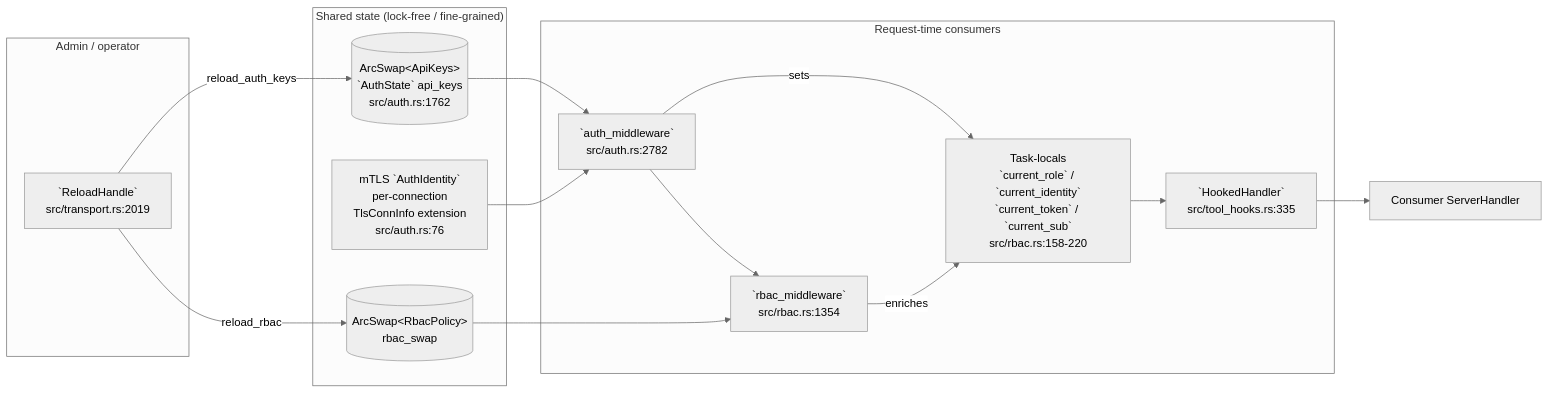
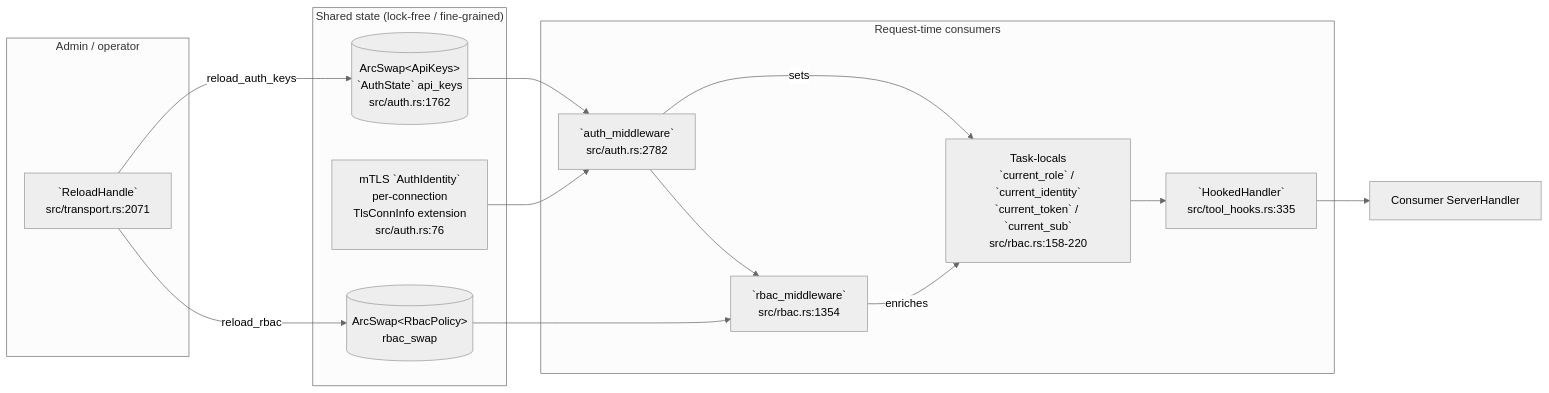
The third of 4 diagrams in docs/MINDMAP.md (andrico21/rmcp-server-kit), drawn with Mermaid (neutral theme) before and after one commit. The commit also changed other lines of this file and 4 other files, not shown here.

````diff
--- a/docs/MINDMAP.md
+++ b/docs/MINDMAP.md
@@ -345,31 +345,31 @@
 ```mermaid
 flowchart LR
     subgraph Admin["Admin / operator"]
-        RH[`ReloadHandle`<br/>src/transport.rs:2019]
+        RH[`ReloadHandle`<br/>src/transport.rs:2071]
     end
 
     subgraph SharedState["Shared state (lock-free / fine-grained)"]
         AKS[(ArcSwap&lt;ApiKeys&gt;<br/>`AuthState` api_keys<br/>src/auth.rs:1762)]
         RBS[(ArcSwap&lt;RbacPolicy&gt;<br/>rbac_swap)]
         MTL[mTLS `AuthIdentity`<br/>per-connection<br/>TlsConnInfo extension<br/>src/auth.rs:76]
     end
 
     subgraph Hot["Request-time consumers"]
         AM[`auth_middleware`<br/>src/auth.rs:2782]
         BM[`rbac_middleware`<br/>src/rbac.rs:1354]
         TL["Task-locals<br/>`current_role` / `current_identity`<br/>`current_token` / `current_sub`<br/>src/rbac.rs:158-220"]
         TH[`HookedHandler`<br/>src/tool_hooks.rs:335]
     end
 
     RH -- reload_auth_keys --> AKS
     RH -- reload_rbac --> RBS
 
     AKS --> AM
     MTL --> AM
     AM -- sets --> TL
     AM --> BM
     RBS --> BM
     BM -- enriches --> TL
     TL --> TH
     TH --> Consumer[Consumer ServerHandler]
 ```
````
